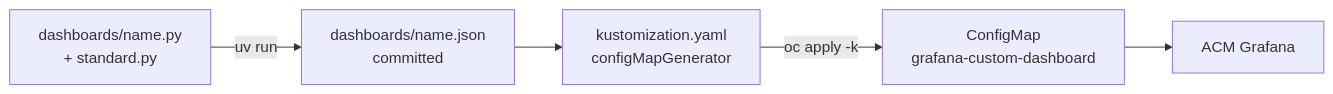
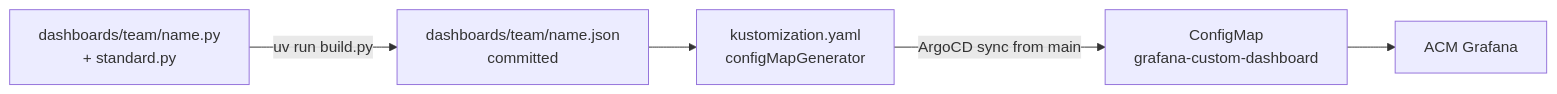
Before and after one commit to seanjin97/hack-multi-cluster-openshift-observability: the diagram in doc/decisions/0004-dashboards-as-code.md, drawn with Mermaid. The commit also changed other lines of this file and 12 other files, not shown here.

Commit message:
add grafana generator IaC tool chain

````diff
--- a/doc/decisions/0004-dashboards-as-code.md
+++ b/doc/decisions/0004-dashboards-as-code.md
@@ -28,5 +18,5 @@
 ```mermaid
 flowchart LR
-  src[dashboards/name.py<br/>+ standard.py] -- uv run --> json[dashboards/name.json<br/>committed]
-  json --> k[kustomization.yaml<br/>configMapGenerator] -- oc apply -k --> cm[ConfigMap<br/>grafana-custom-dashboard] --> acm[ACM Grafana]
+  src[dashboards/team/name.py<br/>+ standard.py] -- uv run build.py --> json[dashboards/team/name.json<br/>committed]
+  json --> k[kustomization.yaml<br/>configMapGenerator] -- ArgoCD sync from main --> cm[ConfigMap<br/>grafana-custom-dashboard] --> acm[ACM Grafana]
 ```
````
